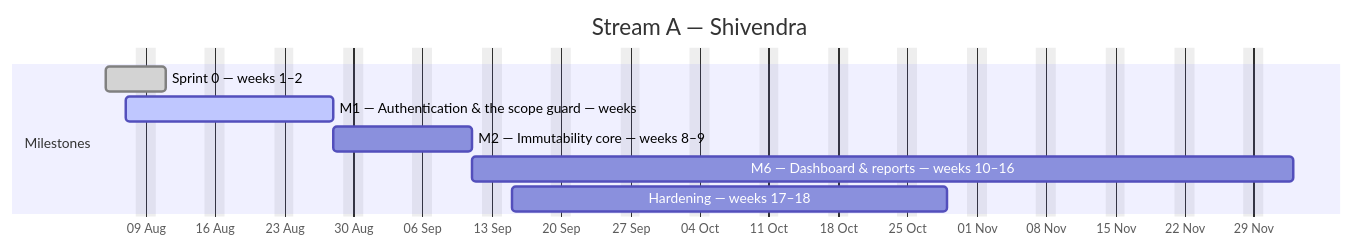
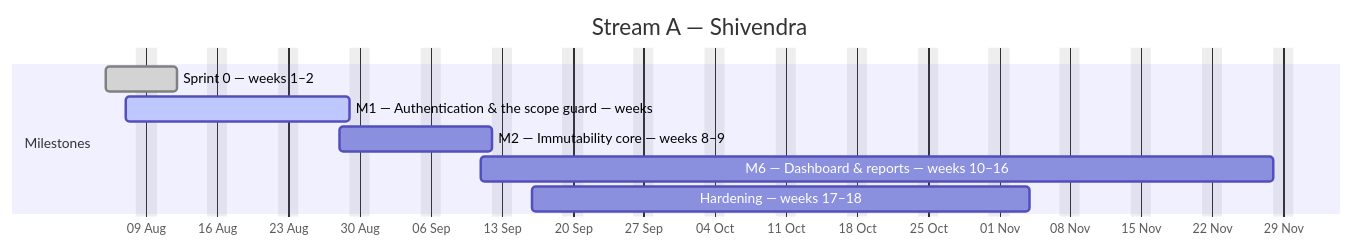
The first of 4 diagrams in docs/plan/GANTT.md (debashisedunext/EduTrack), drawn with Mermaid before and after one commit. The commit also changed other lines of this file and 3 other files, not shown here.

````diff
--- a/docs/plan/GANTT.md
+++ b/docs/plan/GANTT.md
@@ -125,13 +125,13 @@
 ```mermaid
 gantt
     dateFormat YYYY-MM-DD
     axisFormat %d %b
     title Stream A — Shivendra
     excludes weekends
     section Milestones
-    Sprint 0 — weeks 1–2 :done, a0, 2026-08-05, 4d
-    M1 — Authentication & the scope guard — weeks :active, a1, 2026-08-07, 15d
-    M2 — Immutability core — weeks 8–9 :a2, 2026-08-28, 10d
-    M6 — Dashboard & reports — weeks 10–16 :a3, 2026-09-11, 59d
-    Hardening — weeks 17–18 :a4, 2026-09-15, 32d
+    Sprint 0 — weeks 1–2 :done, a0, 2026-08-05, 5d
+    M1 — Authentication & the scope guard — weeks :active, a1, 2026-08-07, 16d
+    M2 — Immutability core — weeks 8–9 :a2, 2026-08-28, 11d
+    M6 — Dashboard & reports — weeks 10–16 :a3, 2026-09-11, 56d
+    Hardening — weeks 17–18 :a4, 2026-09-16, 35d
 ```
````
